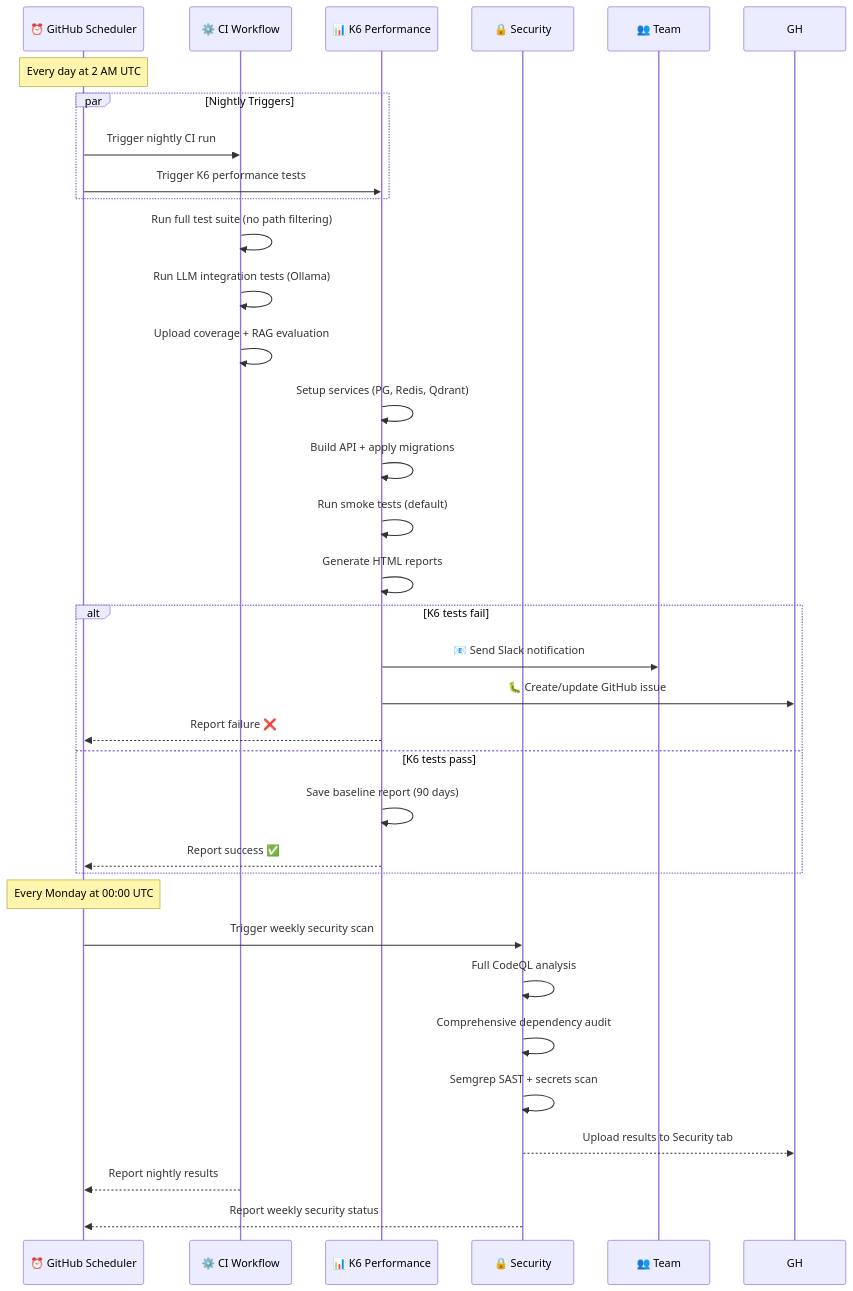
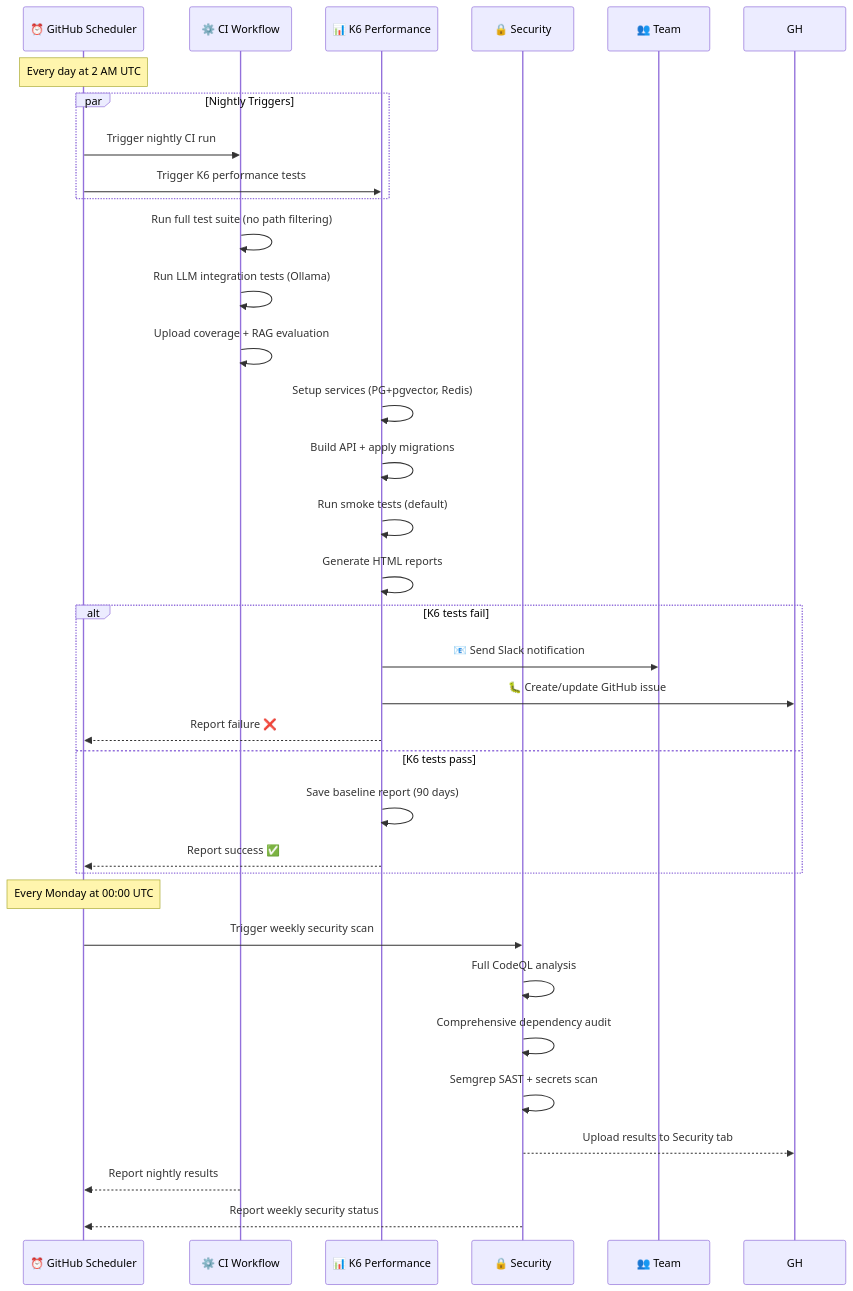
Diagram 11 of 11 in docs/for-claude/architecture/diagrams/github-actions-flow.md (meepleAi-app/meepleai-monorepo), drawn with Mermaid before and after one commit. The commit also changed other lines of this file and 13 other files, not shown here.

````diff
--- a/docs/for-claude/architecture/diagrams/github-actions-flow.md
+++ b/docs/for-claude/architecture/diagrams/github-actions-flow.md
@@ -686,44 +686,44 @@
 ```mermaid
 sequenceDiagram
     participant CRON as ⏰ GitHub Scheduler
     participant CI as ⚙️ CI Workflow
     participant K6 as 📊 K6 Performance
     participant SEC as 🔒 Security
     participant TEAM as 👥 Team
 
     Note over CRON: Every day at 2 AM UTC
 
     par Nightly Triggers
         CRON->>CI: Trigger nightly CI run
         CRON->>K6: Trigger K6 performance tests
     end
 
     CI->>CI: Run full test suite (no path filtering)
     CI->>CI: Run LLM integration tests (Ollama)
     CI->>CI: Upload coverage + RAG evaluation
 
-    K6->>K6: Setup services (PG, Redis, Qdrant)
+    K6->>K6: Setup services (PG+pgvector, Redis)
     K6->>K6: Build API + apply migrations
     K6->>K6: Run smoke tests (default)
     K6->>K6: Generate HTML reports
 
     alt K6 tests fail
         K6->>TEAM: 📧 Send Slack notification
         K6->>GH: 🐛 Create/update GitHub issue
         K6-->>CRON: Report failure ❌
     else K6 tests pass
         K6->>K6: Save baseline report (90 days)
         K6-->>CRON: Report success ✅
     end
 
     Note over CRON: Every Monday at 00:00 UTC
 
     CRON->>SEC: Trigger weekly security scan
     SEC->>SEC: Full CodeQL analysis
     SEC->>SEC: Comprehensive dependency audit
     SEC->>SEC: Semgrep SAST + secrets scan
     SEC-->>GH: Upload results to Security tab
 
     CI-->>CRON: Report nightly results
     SEC-->>CRON: Report weekly security status
 ```
````
